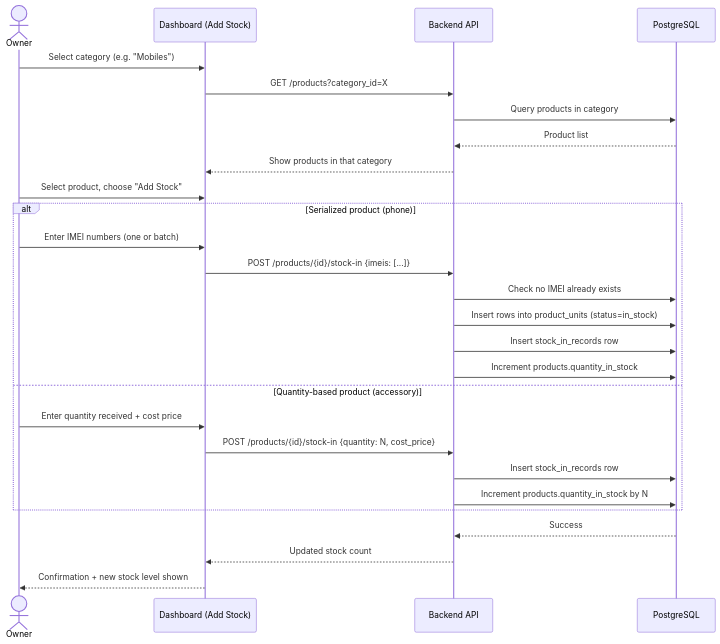
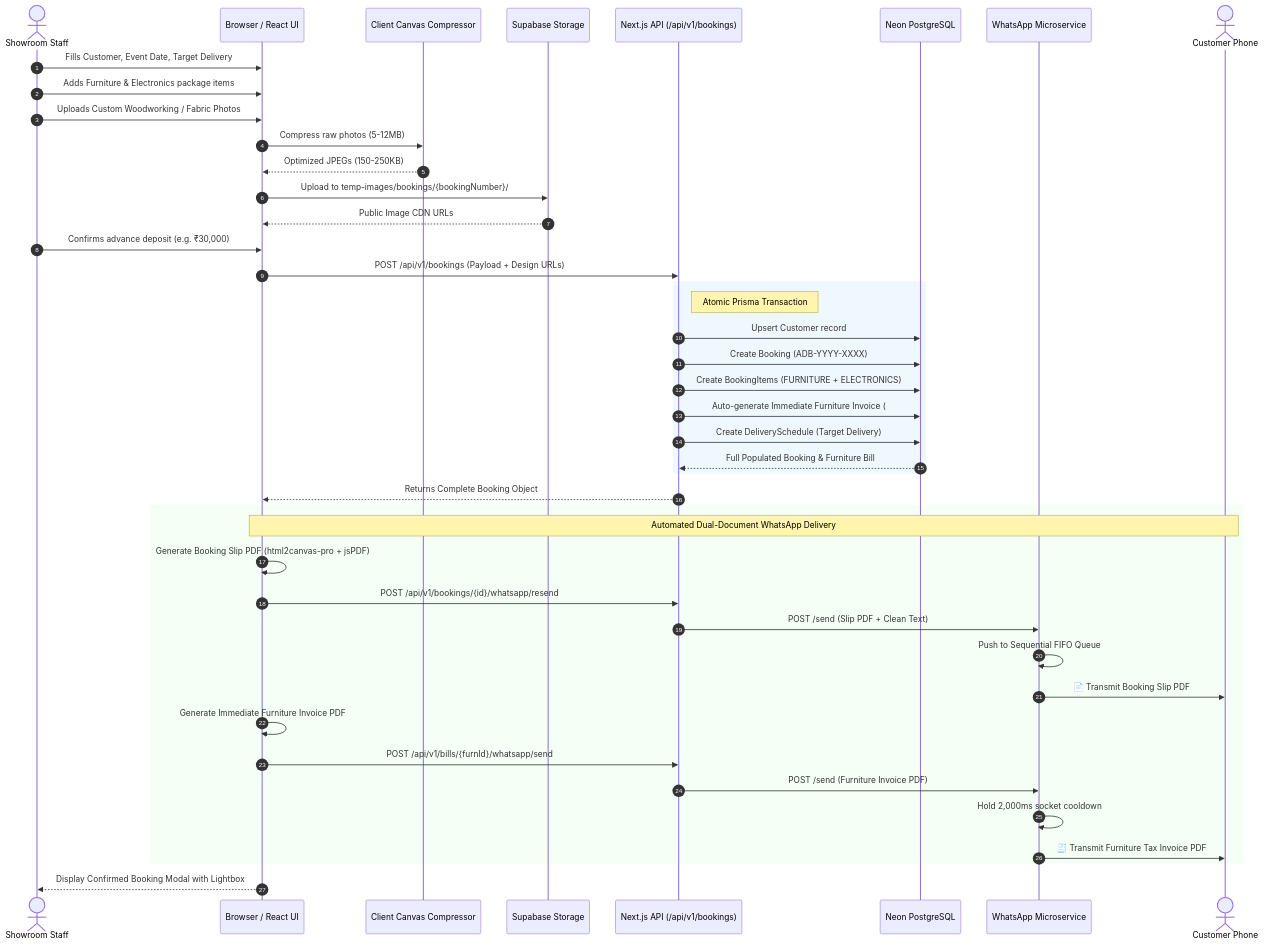
The first of 5 diagrams in Furniture-and-Electronics/docs/04_DATA_FLOW.md (menariyavishal/laxmi-furnitures-electronics), drawn with Mermaid before and after one commit. The commit also changed other lines of this file and 10 other files, not shown here.

````diff
--- a/Furniture-and-Electronics/docs/04_DATA_FLOW.md
+++ b/Furniture-and-Electronics/docs/04_DATA_FLOW.md
@@ -16,30 +13,49 @@
 ```mermaid
 sequenceDiagram
-    actor Owner
-    participant UI as Dashboard (Add Stock)
-    participant API as Backend API
-    participant DB as PostgreSQL
+    autonumber
+    actor Staff as Showroom Staff
+    participant UI as Browser / React UI
+    participant Canvas as Client Canvas Compressor
+    participant Supabase as Supabase Storage
+    participant API as Next.js API (/api/v1/bookings)
+    participant DB as Neon PostgreSQL
+    participant Bot as WhatsApp Microservice
+    actor Cust as Customer Phone
 
-    Owner->>UI: Select category (e.g. "Mobiles")
-    UI->>API: GET /products?category_id=X
-    API->>DB: Query products in category
-    DB-->>API: Product list
-    API-->>UI: Show products in that category
-    Owner->>UI: Select product, choose "Add Stock"
-    alt Serialized product (phone)
-        Owner->>UI: Enter IMEI numbers (one or batch)
-        UI->>API: POST /products/{id}/stock-in {imeis: [...]}
-        API->>DB: Check no IMEI already exists
-        API->>DB: Insert rows into product_units (status=in_stock)
-        API->>DB: Insert stock_in_records row
-        API->>DB: Increment products.quantity_in_stock
-    else Quantity-based product (accessory)
-        Owner->>UI: Enter quantity received + cost price
-        UI->>API: POST /products/{id}/stock-in {quantity: N, cost_price}
-        API->>DB: Insert stock_in_records row
-        API->>DB: Increment products.quantity_in_stock by N
+    Staff->>UI: Fills Customer, Event Date, Target Delivery
+    Staff->>UI: Adds Furniture & Electronics package items
+    Staff->>UI: Uploads Custom Woodworking / Fabric Photos
+    UI->>Canvas: Compress raw photos (5-12MB)
+    Canvas-->>UI: Optimized JPEGs (150-250KB)
+    UI->>Supabase: Upload to temp-images/bookings/{bookingNumber}/
+    Supabase-->>UI: Public Image CDN URLs
+    Staff->>UI: Confirms advance deposit (e.g. ₹30,000)
+    UI->>API: POST /api/v1/bookings (Payload + Design URLs)
+    
+    rect rgb(240, 248, 255)
+        note right of API: Atomic Prisma Transaction
+        API->>DB: Upsert Customer record
+        API->>DB: Create Booking (ADB-YYYY-XXXX)
+        API->>DB: Create BookingItems (FURNITURE + ELECTRONICS)
+        API->>DB: Auto-generate Immediate Furniture Invoice (#FURN-YYYY-XXXX)
+        API->>DB: Create DeliverySchedule (Target Delivery)
+        DB-->>API: Full Populated Booking & Furniture Bill
     end
-    DB-->>API: Success
-    API-->>UI: Updated stock count
-    UI-->>Owner: Confirmation + new stock level shown
+    API-->>UI: Returns Complete Booking Object
+
+    rect rgb(245, 255, 245)
+        note over UI,Cust: Automated Dual-Document WhatsApp Delivery
+        UI->>UI: Generate Booking Slip PDF (html2canvas-pro + jsPDF)
+        UI->>API: POST /api/v1/bookings/{id}/whatsapp/resend
+        API->>Bot: POST /send (Slip PDF + Clean Text)
+        Bot->>Bot: Push to Sequential FIFO Queue
+        Bot->>Cust: 📄 Transmit Booking Slip PDF
+        
+        UI->>UI: Generate Immediate Furniture Invoice PDF
+        UI->>API: POST /api/v1/bills/{furnId}/whatsapp/send
+        API->>Bot: POST /send (Furniture Invoice PDF)
+        Bot->>Bot: Hold 2,000ms socket cooldown
+        Bot->>Cust: 🧾 Transmit Furniture Tax Invoice PDF
+    end
+    UI-->>Staff: Display Confirmed Booking Modal with Lightbox
 ```
````
